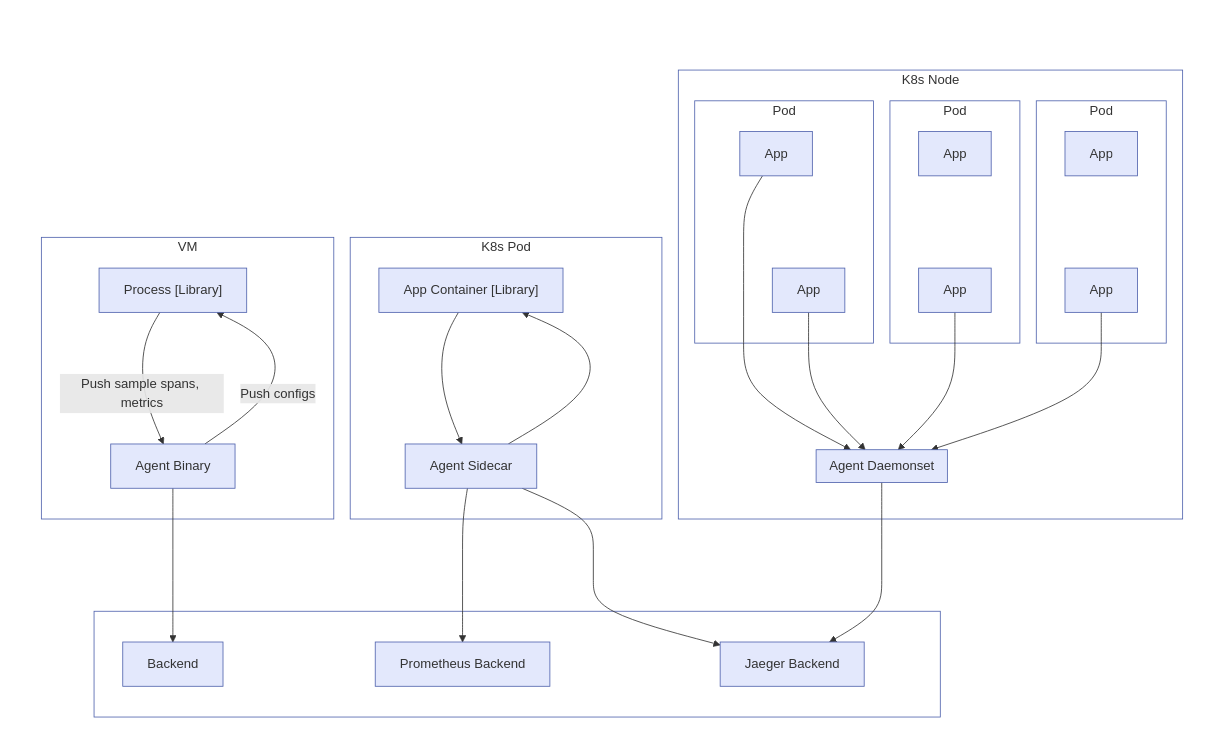
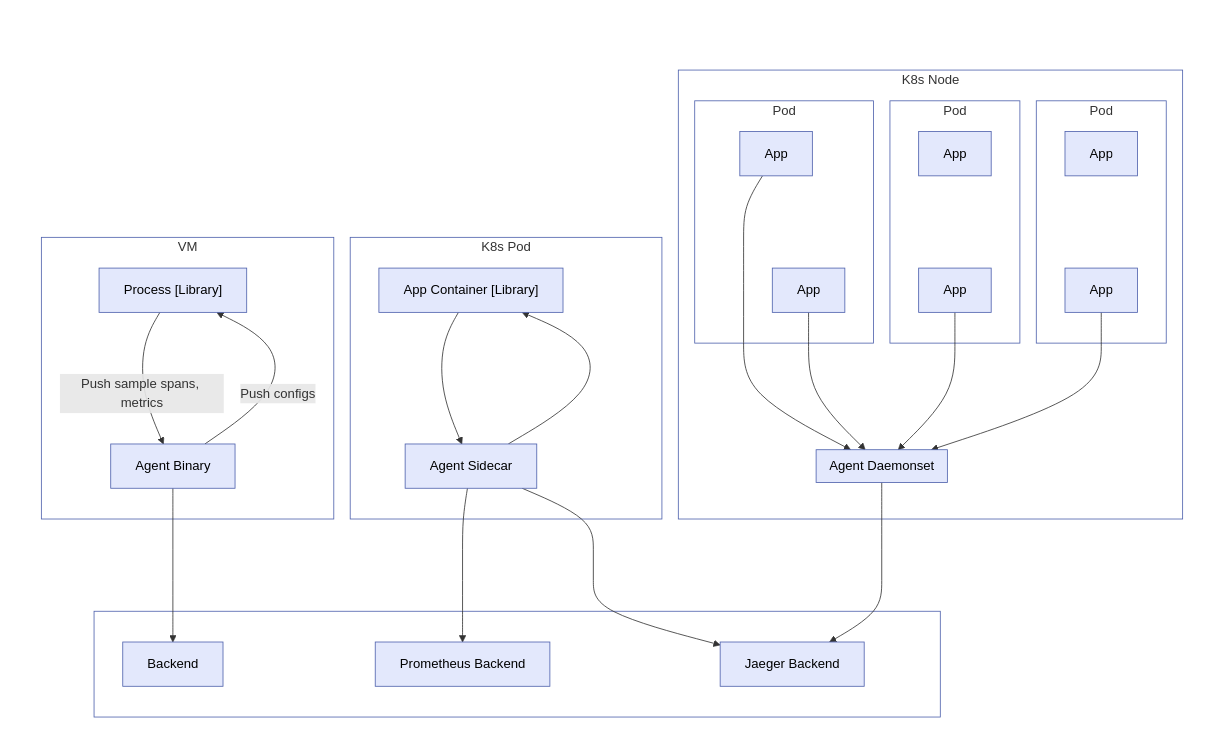
Before and after one commit to open-telemetry/opentelemetry.io: the sixth of 7 diagrams in content/en/docs/collector/architecture.md, drawn with Mermaid. The commit also changed other lines of this file, not shown here.

Commit message:
update text color to black architecture.md

````diff
--- a/content/en/docs/collector/architecture.md
+++ b/content/en/docs/collector/architecture.md
@@ -304,47 +305,47 @@
 ```mermaid
 flowchart LR
     subgraph S1 ["#nbsp;"]
         subgraph S2 ["#nbsp;"]
         end
         subgraph S3 ["#nbsp;"]
         subgraph VM [VM]
             PR["Process [Library]"] -->|Push sample spans, metrics| AB[Agent Binary]
             AB -->|Push configs| PR
         end
         subgraph K8s-pod [K8s Pod]
             AC["`App Container [Library]`"] --> AS[Agent Sidecar]
             AS --> AC
         end
         subgraph K8s-node [K8s Node]
             subgraph Pod1 [Pod]
                 APP1[App] ~~~ APP2[App]
             end
             subgraph Pod2 [Pod]
                 APP3[App] ~~~ APP4[App]
             end
             subgraph Pod3 [Pod]
                 APP5[App] ~~~ APP6[App]
             end
             subgraph AD [Agent Daemonset]
             end
             APP1 --> AD
             APP2 --> AD
             APP4 --> AD
             APP6 --> AD
         end
         end
         subgraph Backends ["#nbsp;"]
             AB --> BE[Backend]
             AS --> PRM[Prometheus Backend]
             AS --> JA[Jaeger Backend]
             AD --> JA
         end
     end
 
 class S1,S2,S3 noLines;
 class VM,K8s-pod,K8s-node,Pod1,Pod2,Pod3,Backends withLines;
 class PR,AB,AC,AS,APP1,APP2,APP3,APP4,APP5,APP6,AD,BE,PRM,JA nodeStyle
 classDef noLines fill:#fff,stroke:#fff,stroke-width:4px;
 classDef withLines fill:#fff,stroke:#4f62ad
-classDef nodeStyle fill:#e3e8fc,stroke:#4f62ad;
+classDef nodeStyle fill:#e3e8fc,stroke:#4f62ad,color:#000000;
 ```
````
